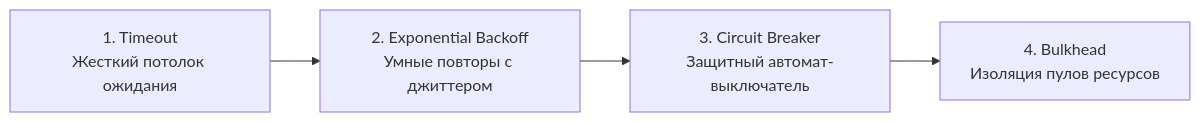
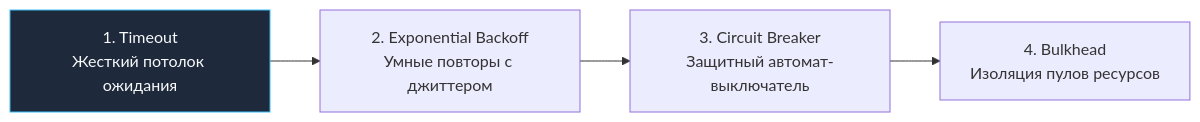
Before and after one commit to UnrealTemplier/go-textbook: the fourth of 4 diagrams in sources/14. Распределенные системы на Go/01. Основы/4. Partial failure.md, drawn with Mermaid. The commit also changed other lines of this file and 1666 other files, not shown here.

First line of the commit message:
feat(mermaid): add semantic color classDef to 1369 colorless flowchart/graph diagrams

````diff
--- a/sources/14. Распределенные системы на Go/01. Основы/4. Partial failure.md
+++ b/sources/14. Распределенные системы на Go/01. Основы/4. Partial failure.md
@@ -231,6 +251,16 @@
 ```mermaid
 flowchart LR
-    P1["1. Timeout<br>Жесткий потолок ожидания"] --> P2["2. Exponential Backoff<br>Умные повторы с джиттером"]
+    classDef process  fill:#1e293b,stroke:#38bdf8,stroke-width:1px,color:#f8fafc
+    classDef success  fill:#064e3b,stroke:#34d399,stroke-width:1px,color:#f8fafc
+    classDef error    fill:#7f1d1d,stroke:#f87171,stroke-width:1px,color:#f8fafc
+    classDef warning  fill:#78350f,stroke:#fbbf24,stroke-width:1px,color:#f8fafc
+    classDef entry    fill:#1e3a5f,stroke:#38bdf8,stroke-width:2px,color:#f8fafc
+    classDef aux      fill:#334155,stroke:#64748b,stroke-width:1px,color:#f8fafc
+    classDef system   fill:#312e81,stroke:#a78bfa,stroke-width:1px,color:#f8fafc
+    classDef data     fill:#132d29,stroke:#2dd4bf,stroke-width:1px,color:#f8fafc
+    classDef network  fill:#881337,stroke:#fb7185,stroke-width:1px,color:#f8fafc
+    classDef accent   fill:#1e1b4b,stroke:#818cf8,stroke-width:1px,color:#f8fafc
+    P1["1. Timeout<br>Жесткий потолок ожидания"]:::process --> P2["2. Exponential Backoff<br>Умные повторы с джиттером"]
     P2 --> P3["3. Circuit Breaker<br>Защитный автомат-выключатель"]
     P3 --> P4["4. Bulkhead<br>Изоляция пулов ресурсов"]
 ```
````
